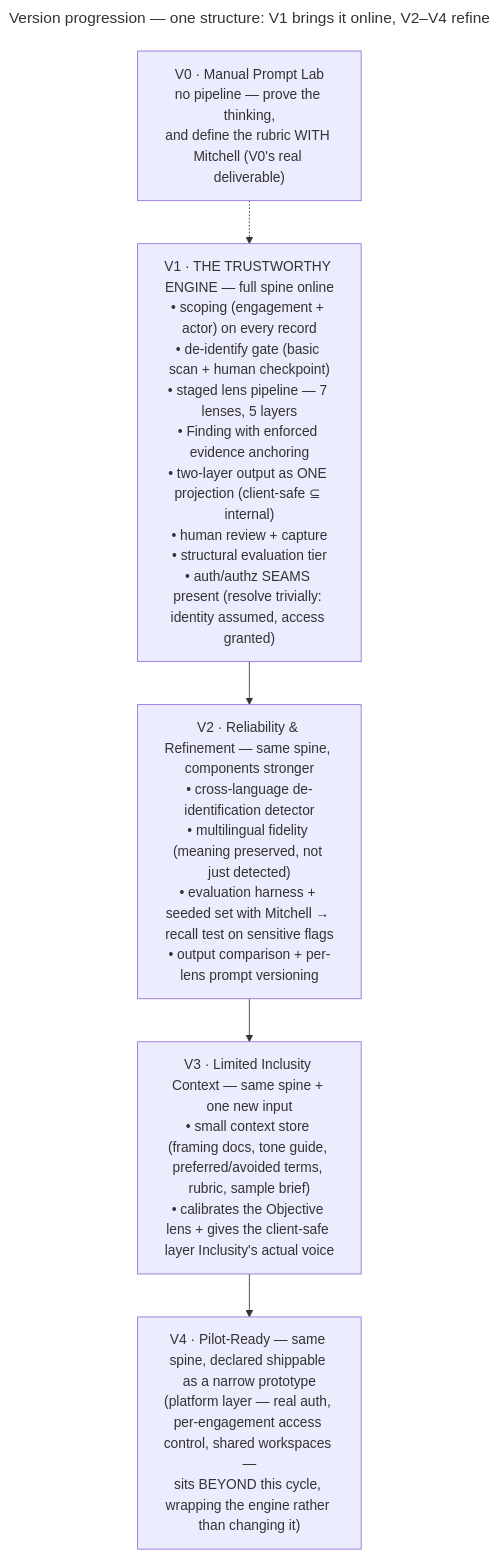
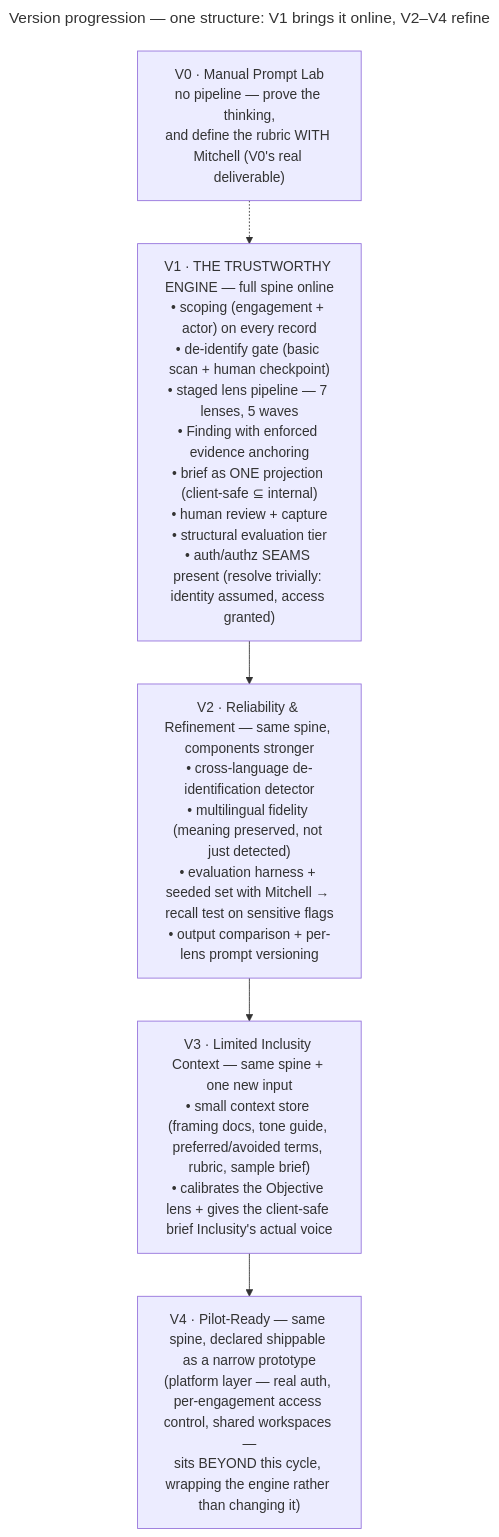
The third of 3 diagrams in docs/build_approach.md (dkent600/HumanLens), drawn with Mermaid before and after one commit. The commit also changed other lines of this file and 1 other file, not shown here.

````diff
--- a/docs/build_approach.md
+++ b/docs/build_approach.md
@@ -955,17 +958,17 @@
 ```mermaid
 ---
 title: "Version progression — one structure: V1 brings it online, V2–V4 refine"
 ---
 flowchart TD
     V0["V0 · Manual Prompt Lab<br/>no pipeline — prove the thinking,<br/>and define the rubric WITH Mitchell (V0's real deliverable)"]
 
-    V1["V1 · THE TRUSTWORTHY ENGINE — full spine online<br/>• scoping (engagement + actor) on every record<br/>• de-identify gate (basic scan + human checkpoint)<br/>• staged lens pipeline — 7 lenses, 5 layers<br/>• Finding with enforced evidence anchoring<br/>• two-layer output as ONE projection (client-safe ⊆ internal)<br/>• human review + capture<br/>• structural evaluation tier<br/>• auth/authz SEAMS present (resolve trivially: identity assumed, access granted)"]
+    V1["V1 · THE TRUSTWORTHY ENGINE — full spine online<br/>• scoping (engagement + actor) on every record<br/>• de-identify gate (basic scan + human checkpoint)<br/>• staged lens pipeline — 7 lenses, 5 waves<br/>• Finding with enforced evidence anchoring<br/>• brief as ONE projection (client-safe ⊆ internal)<br/>• human review + capture<br/>• structural evaluation tier<br/>• auth/authz SEAMS present (resolve trivially: identity assumed, access granted)"]
 
     V2["V2 · Reliability & Refinement — same spine, components stronger<br/>• cross-language de-identification detector<br/>• multilingual fidelity (meaning preserved, not just detected)<br/>• evaluation harness + seeded set with Mitchell → recall test on sensitive flags<br/>• output comparison + per-lens prompt versioning"]
 
-    V3["V3 · Limited Inclusity Context — same spine + one new input<br/>• small context store (framing docs, tone guide, preferred/avoided terms, rubric, sample brief)<br/>• calibrates the Objective lens + gives the client-safe layer Inclusity's actual voice"]
+    V3["V3 · Limited Inclusity Context — same spine + one new input<br/>• small context store (framing docs, tone guide, preferred/avoided terms, rubric, sample brief)<br/>• calibrates the Objective lens + gives the client-safe brief Inclusity's actual voice"]
 
     V4["V4 · Pilot-Ready — same spine, declared shippable as a narrow prototype<br/>(platform layer — real auth, per-engagement access control, shared workspaces —<br/>sits BEYOND this cycle, wrapping the engine rather than changing it)"]
 
     V0 -.-> V1 --> V2 --> V3 --> V4
 ```
````
